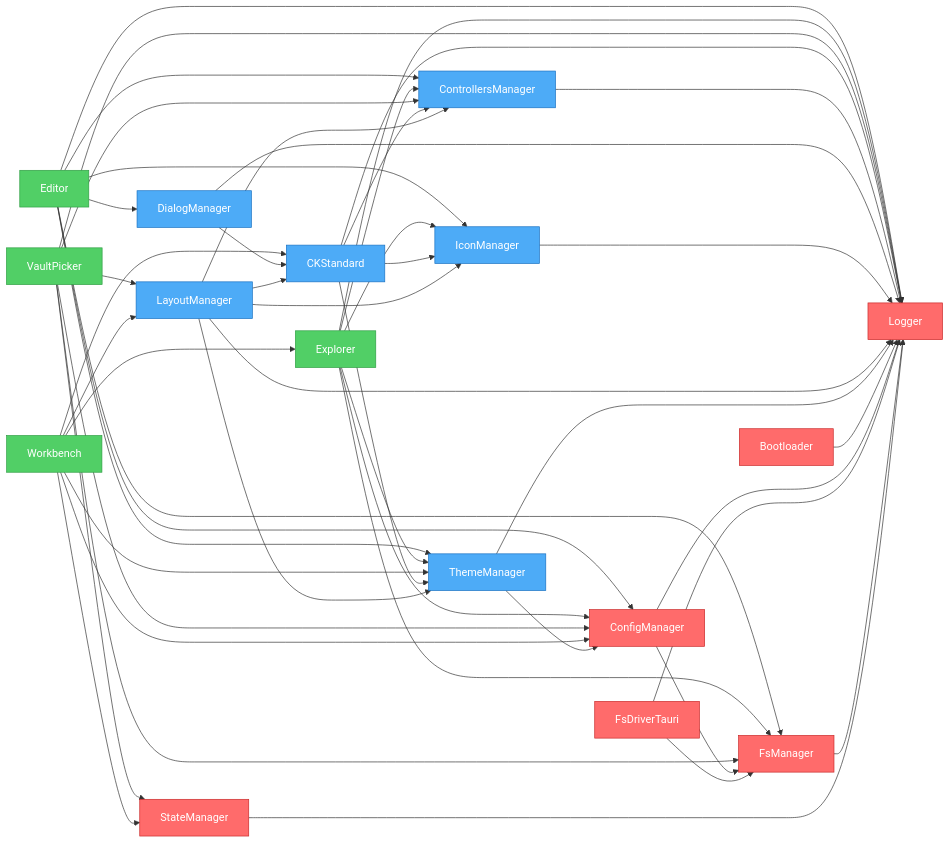
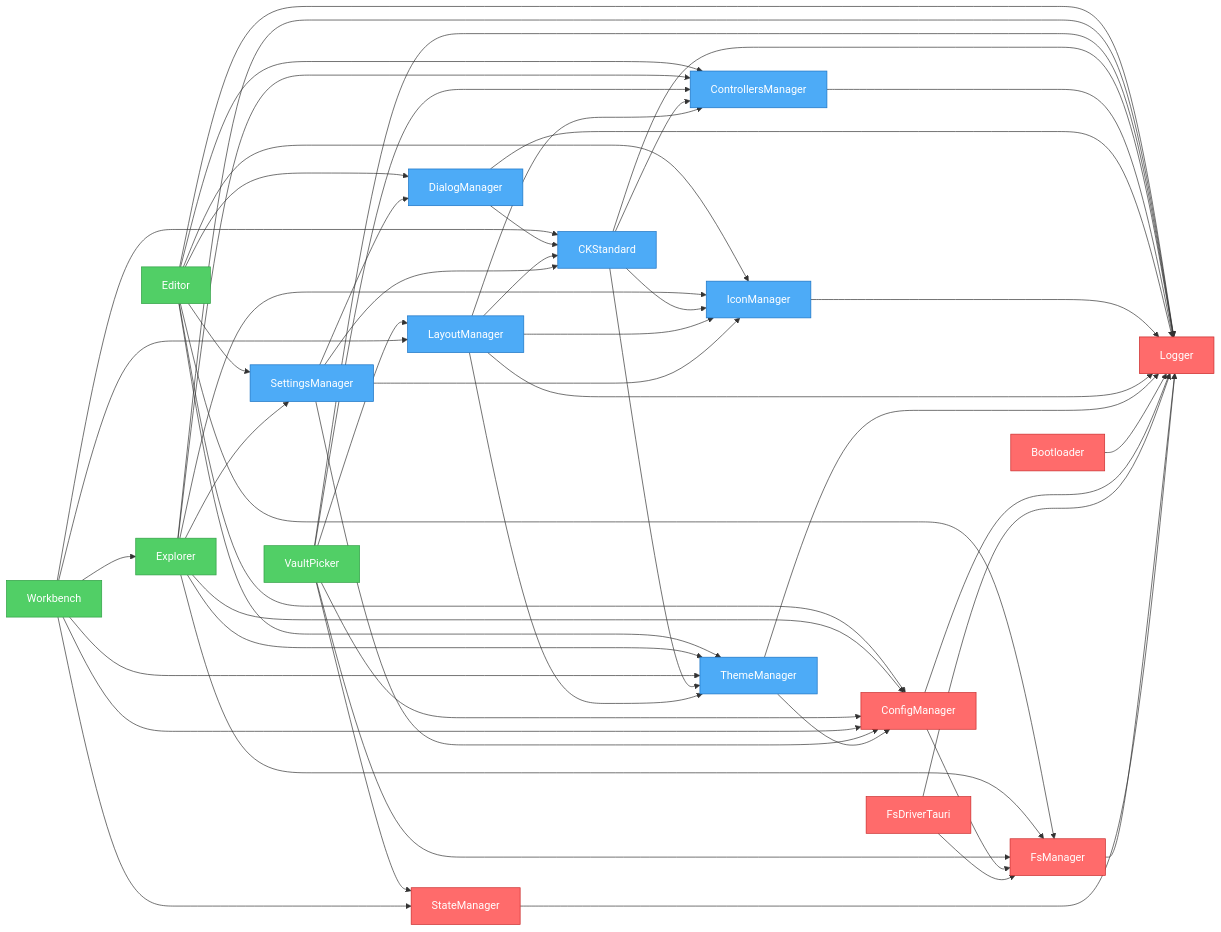
Before and after one commit to khton-tech/notehub.md: the diagram in artifacts/graph.mmd, drawn with Mermaid. The commit also changed 21 other files, not shown here.

```diff
--- a/artifacts/graph.mmd
+++ b/artifacts/graph.mmd
@@ -1,73 +1,80 @@
 flowchart LR
     nh_features_editor["Editor"]
     nh_features_explorer["Explorer"]
     nh_features_vault-picker["VaultPicker"]
     nh_features_workbench["Workbench"]
     nh_ui_ck-standard["CKStandard"]
     nh_ui_controllers-manager["ControllersManager"]
     nh_ui_dialog-manager["DialogManager"]
     nh_ui_icon-manager["IconManager"]
     nh_ui_layout-manager["LayoutManager"]
+    nh_ui_settings-manager["SettingsManager"]
     nh_ui_theme-manager["ThemeManager"]
     nh_system_bootloader["Bootloader"]
     nh_system_config-manager["ConfigManager"]
     nh_system_fs-driver-tauri["FsDriverTauri"]
     nh_system_fs-manager["FsManager"]
     nh_system_logger["Logger"]
     nh_system_state-manager["StateManager"]
     nh_features_editor --> nh_system_config-manager
+    nh_features_editor --> nh_ui_settings-manager
     nh_features_editor --> nh_system_fs-manager
     nh_features_editor --> nh_system_logger
     nh_features_editor --> nh_ui_controllers-manager
     nh_features_editor --> nh_ui_dialog-manager
     nh_features_editor --> nh_ui_icon-manager
     nh_features_editor --> nh_ui_theme-manager
     nh_features_explorer --> nh_system_config-manager
+    nh_features_explorer --> nh_ui_settings-manager
     nh_features_explorer --> nh_system_fs-manager
     nh_features_explorer --> nh_system_logger
     nh_features_explorer --> nh_ui_controllers-manager
     nh_features_explorer --> nh_ui_icon-manager
     nh_features_explorer --> nh_ui_theme-manager
     nh_features_vault-picker --> nh_system_fs-manager
     nh_features_vault-picker --> nh_system_config-manager
     nh_features_vault-picker --> nh_system_state-manager
     nh_features_vault-picker --> nh_system_logger
     nh_features_vault-picker --> nh_ui_controllers-manager
     nh_features_vault-picker --> nh_ui_layout-manager
     nh_features_workbench --> nh_system_config-manager
     nh_features_workbench --> nh_ui_layout-manager
     nh_features_workbench --> nh_ui_theme-manager
     nh_features_workbench --> nh_ui_ck-standard
     nh_features_workbench --> nh_system_state-manager
     nh_features_workbench --> nh_features_explorer
     nh_ui_ck-standard --> nh_system_logger
     nh_ui_ck-standard --> nh_ui_controllers-manager
     nh_ui_ck-standard --> nh_ui_icon-manager
     nh_ui_ck-standard --> nh_ui_theme-manager
     nh_ui_controllers-manager --> nh_system_logger
     nh_ui_dialog-manager --> nh_system_logger
     nh_ui_dialog-manager --> nh_ui_ck-standard
     nh_ui_icon-manager --> nh_system_logger
     nh_ui_layout-manager --> nh_system_logger
     nh_ui_layout-manager --> nh_ui_theme-manager
     nh_ui_layout-manager --> nh_ui_icon-manager
     nh_ui_layout-manager --> nh_ui_controllers-manager
     nh_ui_layout-manager --> nh_ui_ck-standard
+    nh_ui_settings-manager --> nh_system_config-manager
+    nh_ui_settings-manager --> nh_ui_ck-standard
+    nh_ui_settings-manager --> nh_ui_icon-manager
+    nh_ui_settings-manager --> nh_ui_dialog-manager
     nh_ui_theme-manager --> nh_system_logger
     nh_ui_theme-manager --> nh_system_config-manager
     nh_system_bootloader --> nh_system_logger
     nh_system_config-manager --> nh_system_logger
     nh_system_config-manager --> nh_system_fs-manager
     nh_system_fs-driver-tauri --> nh_system_logger
     nh_system_fs-driver-tauri --> nh_system_fs-manager
     nh_system_fs-manager --> nh_system_logger
     nh_system_state-manager --> nh_system_logger
 
     %% Styles
     classDef system fill:#ff6b6b,stroke:#c92a2a,color:#fff
     classDef ui fill:#4dabf7,stroke:#1971c2,color:#fff
     classDef feature fill:#51cf66,stroke:#2f9e44,color:#fff
     class nh_features_editor,nh_features_explorer,nh_features_workbench feature
     class nh_features_vault-picker feature
-    class nh_ui_ck-standard,nh_ui_controllers-manager,nh_ui_dialog-manager,nh_ui_icon-manager,nh_ui_layout-manager,nh_ui_theme-manager ui
+    class nh_ui_ck-standard,nh_ui_controllers-manager,nh_ui_dialog-manager,nh_ui_icon-manager,nh_ui_layout-manager,nh_ui_settings-manager,nh_ui_theme-manager ui
     class nh_system_bootloader,nh_system_config-manager,nh_system_fs-driver-tauri,nh_system_fs-manager,nh_system_logger,nh_system_state-manager system
```
